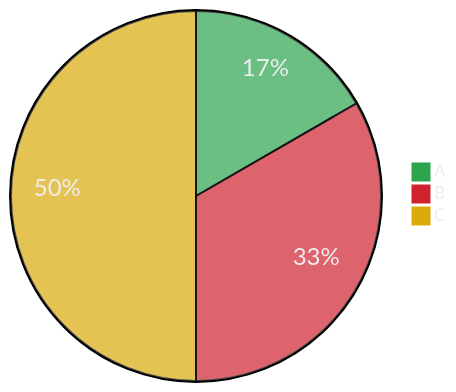
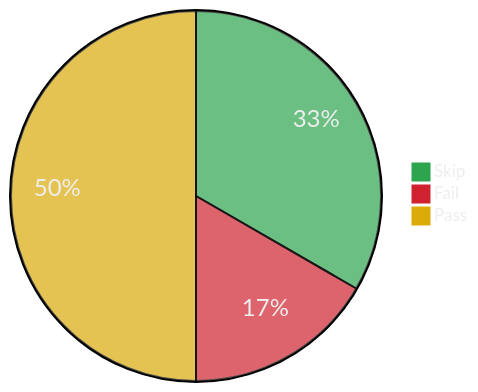
Before and after one commit to AliceDiNunno/action-go-test-and-lint: the second of 2 diagrams in internal/templates/output.md, drawn with Mermaid. The commit also changed other lines of this file and 7 other files, not shown here.

````diff
--- a/internal/templates/output.md
+++ b/internal/templates/output.md
@@ -5,7 +23,7 @@
 ```mermaid
 %%{init: {"theme":"base","themeVariables":{"fontFamily":"monospace","pieSectionTextSize":"24px","darkMode":true,"pie1":"#2da44e","pie2":"#cf222e","pie3":"#dbab0a"}}}%%
 pie
-    "A": 1
-    "B": 2
-    "C": 3
+    "Skip": 2
+    "Fail": 1
+    "Pass": 3
 ```
````
